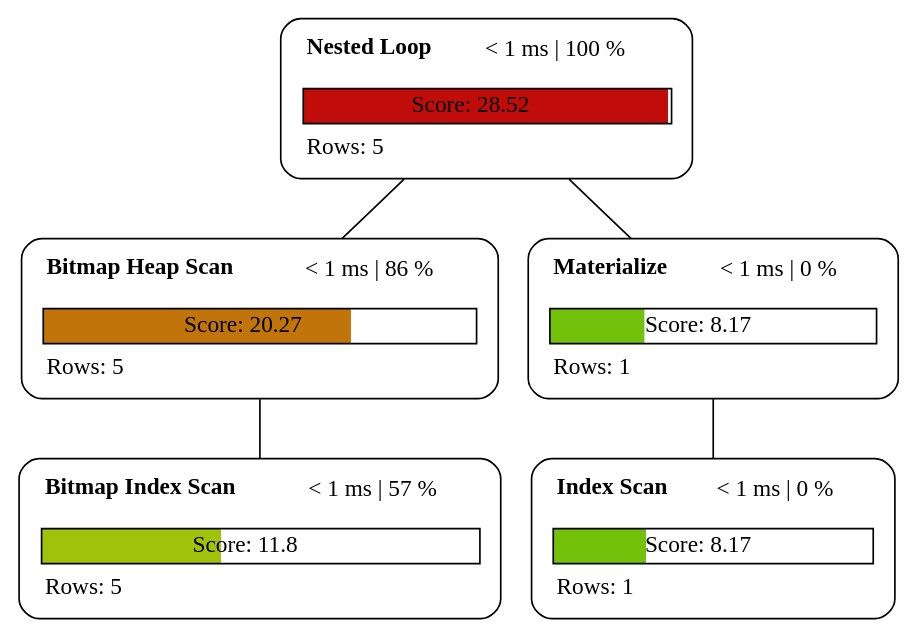
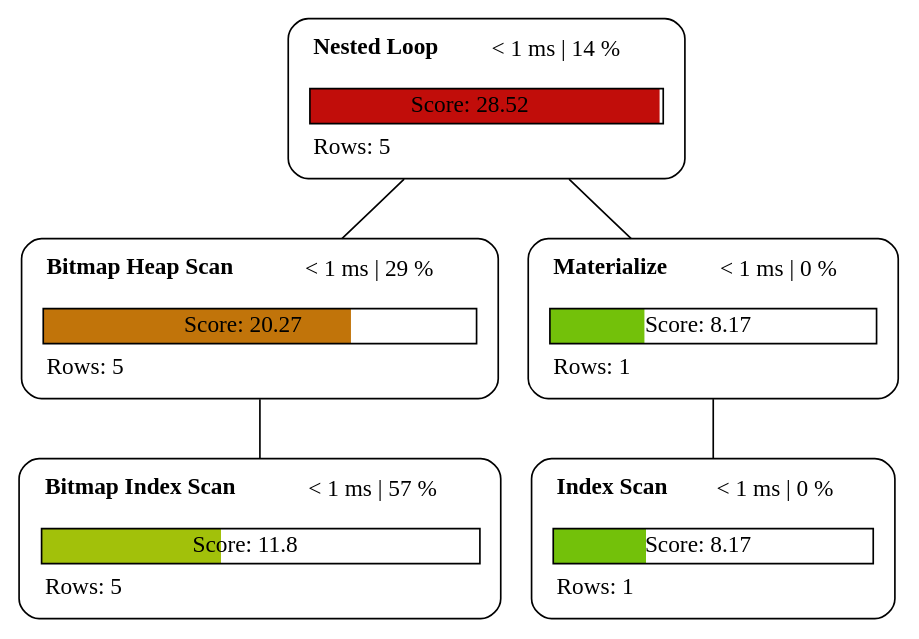
Before and after one commit to sanpii/explain: the diagram in examples/plan_1.dot, drawn with Graphviz. The commit also changed 16 other files, not shown here.

```diff
--- a/examples/plan_1.dot
+++ b/examples/plan_1.dot
@@ -1,11 +1,11 @@
 graph explain {
-    node0[label=<<table border="0" cellborder="0" cellspacing="5"><tr><td align="left"><b>Nested Loop</b></td><td>&lt; 1 ms | 100 %</td></tr><tr><td colspan="2" align="left"></td></tr><tr><td colspan="2" border="1" bgcolor="#c10d0a;0.99:white">Score: 28.52</td></tr><tr><td colspan="2" align="left">Rows: 5</td></tr></table>>][style="rounded"][shape="box"];
-    node1[label=<<table border="0" cellborder="0" cellspacing="5"><tr><td align="left"><b>Bitmap Heap Scan</b></td><td>&lt; 1 ms | 86 %</td></tr><tr><td colspan="2" align="left"></td></tr><tr><td colspan="2" border="1" bgcolor="#c1740a;0.71:white">Score: 20.27</td></tr><tr><td colspan="2" align="left">Rows: 5</td></tr></table>>][style="rounded"][shape="box"];
+    node0[label=<<table border="0" cellborder="0" cellspacing="5"><tr><td align="left"><b>Nested Loop</b></td><td>&lt; 1 ms | 14 %</td></tr><tr><td colspan="2" align="left"></td></tr><tr><td colspan="2" border="1" bgcolor="#c10d0a;0.99:white">Score: 28.52</td></tr><tr><td colspan="2" align="left">Rows: 5</td></tr></table>>][style="rounded"][shape="box"];
+    node1[label=<<table border="0" cellborder="0" cellspacing="5"><tr><td align="left"><b>Bitmap Heap Scan</b></td><td>&lt; 1 ms | 29 %</td></tr><tr><td colspan="2" align="left"></td></tr><tr><td colspan="2" border="1" bgcolor="#c1740a;0.71:white">Score: 20.27</td></tr><tr><td colspan="2" align="left">Rows: 5</td></tr></table>>][style="rounded"][shape="box"];
     node2[label=<<table border="0" cellborder="0" cellspacing="5"><tr><td align="left"><b>Bitmap Index Scan</b></td><td>&lt; 1 ms | 57 %</td></tr><tr><td colspan="2" align="left"></td></tr><tr><td colspan="2" border="1" bgcolor="#a2c10a;0.41:white">Score: 11.8</td></tr><tr><td colspan="2" align="left">Rows: 5</td></tr></table>>][style="rounded"][shape="box"];
     node3[label=<<table border="0" cellborder="0" cellspacing="5"><tr><td align="left"><b>Materialize</b></td><td>&lt; 1 ms | 0 %</td></tr><tr><td colspan="2" align="left"></td></tr><tr><td colspan="2" border="1" bgcolor="#73c10a;0.29:white">Score: 8.17</td></tr><tr><td colspan="2" align="left">Rows: 1</td></tr></table>>][style="rounded"][shape="box"];
     node4[label=<<table border="0" cellborder="0" cellspacing="5"><tr><td align="left"><b>Index Scan</b></td><td>&lt; 1 ms | 0 %</td></tr><tr><td colspan="2" align="left"></td></tr><tr><td colspan="2" border="1" bgcolor="#73c10a;0.29:white">Score: 8.17</td></tr><tr><td colspan="2" align="left">Rows: 1</td></tr></table>>][style="rounded"][shape="box"];
     node0 -- node1[label=""];
     node1 -- node2[label=""];
     node0 -- node3[label=""];
     node3 -- node4[label=""];
 }
```
